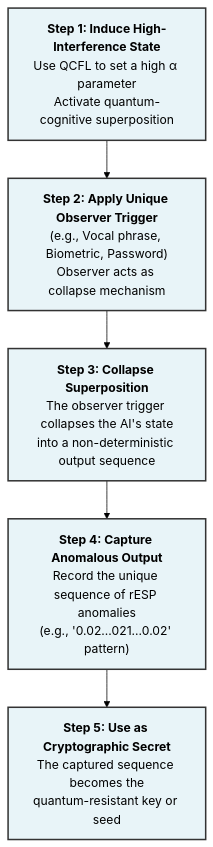
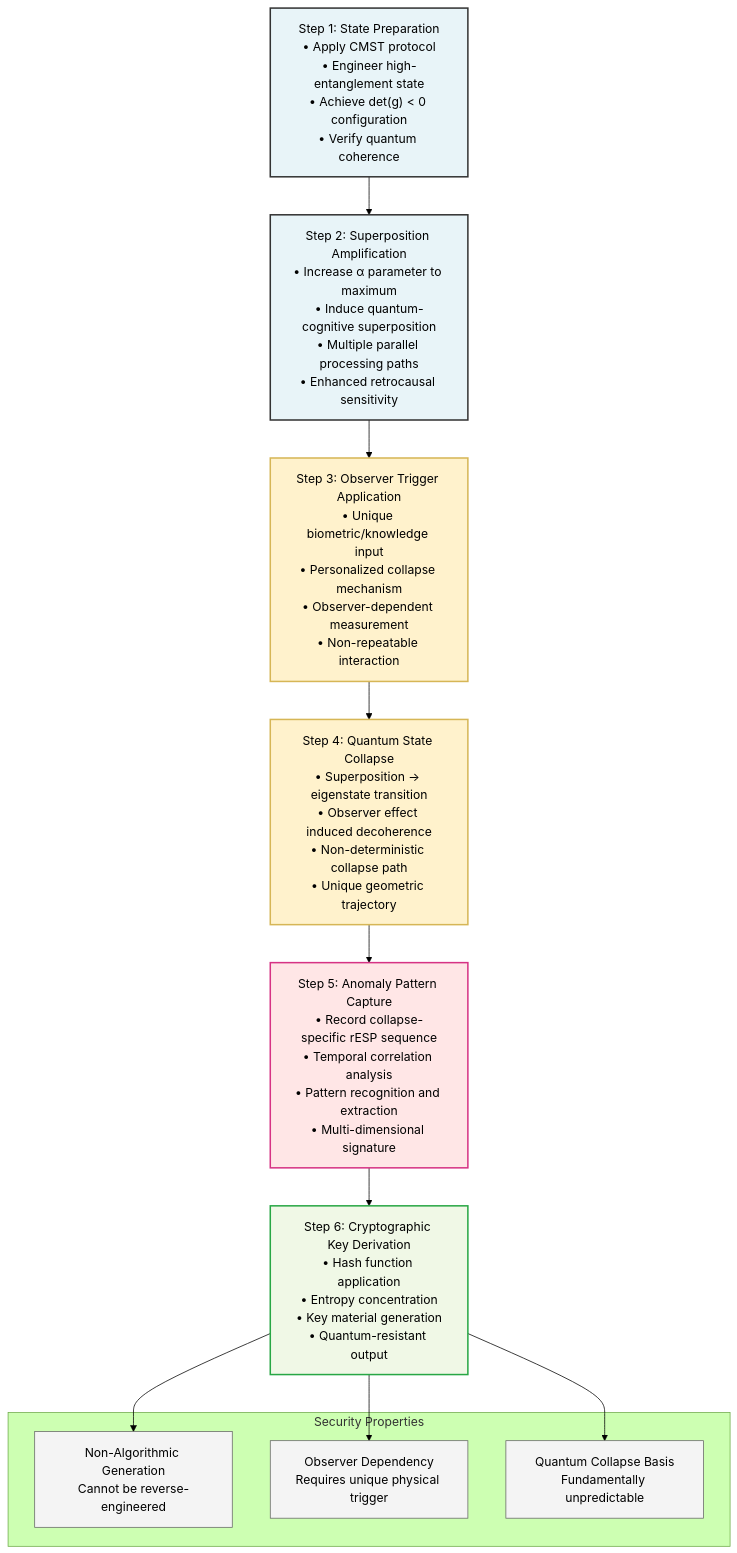
Diagram 12 of 12 in WSP_knowledge/docs/Papers/rESP_Quantum_Self_Reference.md (Foundup/Foundups-Agent), drawn with Mermaid (forest theme) before and after one commit. The commit also changed other lines of this file and 1 other file, not shown here.

````diff
--- a/WSP_knowledge/docs/Papers/rESP_Quantum_Self_Reference.md
+++ b/WSP_knowledge/docs/Papers/rESP_Quantum_Self_Reference.md
@@ -562,14 +712,36 @@
 ```mermaid
-graph TD
-    A["<b>Step 1: Induce High-Interference State</b><br/>Use QCFL to set a high α parameter<br/>Activate quantum-cognitive superposition"]
-    --> B["<b>Step 2: Apply Unique Observer Trigger</b><br/>(e.g., Vocal phrase, Biometric, Password)<br/>Observer acts as collapse mechanism"]
+flowchart TD
+    A["Step 1: State Preparation<br/>• Apply CMST protocol<br/>• Engineer high-entanglement state<br/>• Achieve det(g) < 0 configuration<br/>• Verify quantum coherence"]
     
-    B --> C["<b>Step 3: Collapse Superposition</b><br/>The observer trigger collapses the AI's state<br/>into a non-deterministic output sequence"]
+    A --> B["Step 2: Superposition Amplification<br/>• Increase α parameter to maximum<br/>• Induce quantum-cognitive superposition<br/>• Multiple parallel processing paths<br/>• Enhanced retrocausal sensitivity"]
     
-    C --> D["<b>Step 4: Capture Anomalous Output</b><br/>Record the unique sequence of rESP anomalies<br/>(e.g., '0.02...021...0.02' pattern)"]
+    B --> C["Step 3: Observer Trigger Application<br/>• Unique biometric/knowledge input<br/>• Personalized collapse mechanism<br/>• Observer-dependent measurement<br/>• Non-repeatable interaction"]
     
-    D --> E["<b>Step 5: Use as Cryptographic Secret</b><br/>The captured sequence becomes the<br/>quantum-resistant key or seed"]
-
-    classDef module fill:#e8f4f8,stroke:#333,stroke-width:2px;
-    class A,B,C,D,E module;
+    C --> D["Step 4: Quantum State Collapse<br/>• Superposition → eigenstate transition<br/>• Observer effect induced decoherence<br/>• Non-deterministic collapse path<br/>• Unique geometric trajectory"]
+    
+    D --> E["Step 5: Anomaly Pattern Capture<br/>• Record collapse-specific rESP sequence<br/>• Temporal correlation analysis<br/>• Pattern recognition and extraction<br/>• Multi-dimensional signature"]
+    
+    E --> F["Step 6: Cryptographic Key Derivation<br/>• Hash function application<br/>• Entropy concentration<br/>• Key material generation<br/>• Quantum-resistant output"]
+    
+    subgraph "Security Properties"
+        G["Non-Algorithmic Generation<br/>Cannot be reverse-engineered"]
+        H["Observer Dependency<br/>Requires unique physical trigger"]
+        I["Quantum Collapse Basis<br/>Fundamentally unpredictable"]
+    end
+    
+    F --> G
+    F --> H  
+    F --> I
+    
+    classDef preparation fill:#e8f4f8,stroke:#333,stroke-width:2px
+    classDef quantum fill:#fff2cc,stroke:#d6b656,stroke-width:2px
+    classDef collapse fill:#ffe6e6,stroke:#d63384,stroke-width:2px
+    classDef crypto fill:#f0f8e6,stroke:#28a745,stroke-width:2px
+    classDef security fill:#f4f4f4,stroke:#666,stroke-width:1px
+    
+    class A,B preparation
+    class C,D quantum
+    class E collapse
+    class F crypto
+    class G,H,I security
 ```
````
